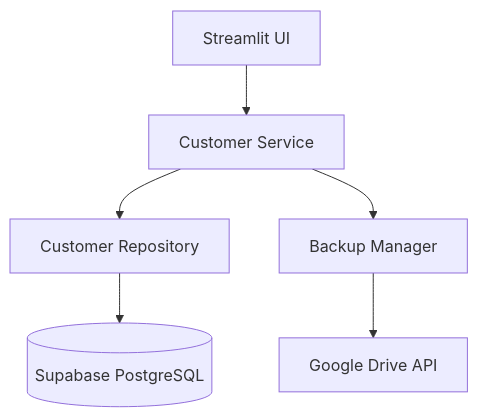
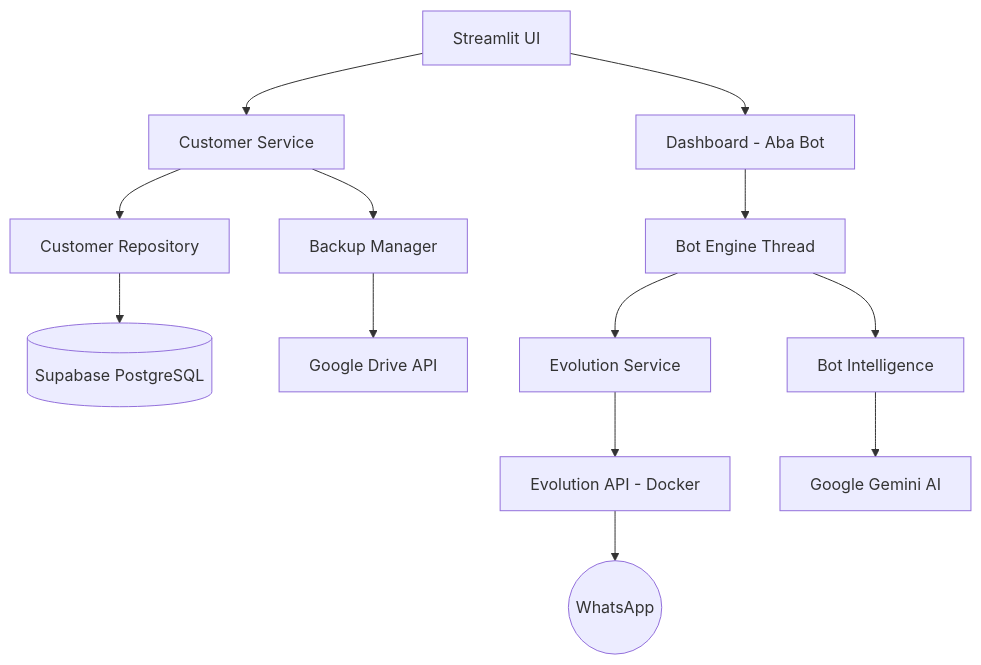
The first of 2 diagrams in README.md (felipegatoloko10/streamlit-customer-app), drawn with Mermaid before and after one commit. The commit also changed other lines of this file, not shown here.

Commit message:
docs: atualizar README com documentação completa do robô WhatsApp

````diff
--- a/README.md
+++ b/README.md
@@ -40,8 +51,16 @@
 ```mermaid
 graph TD
     UI[Streamlit UI] --> Service[Customer Service]
     Service --> Repo[Customer Repository]
     Repo --> DB[(Supabase PostgreSQL)]
     Service --> Backup[Backup Manager]
     Backup --> GDrive[Google Drive API]
+    
+    UI --> DashBot[Dashboard - Aba Bot]
+    DashBot --> BotEngine[Bot Engine Thread]
+    BotEngine --> EvoService[Evolution Service]
+    EvoService --> EvoAPI[Evolution API - Docker]
+    EvoAPI --> WhatsApp((WhatsApp))
+    BotEngine --> BotIntel[Bot Intelligence]
+    BotIntel --> Gemini[Google Gemini AI]
 ```
````
